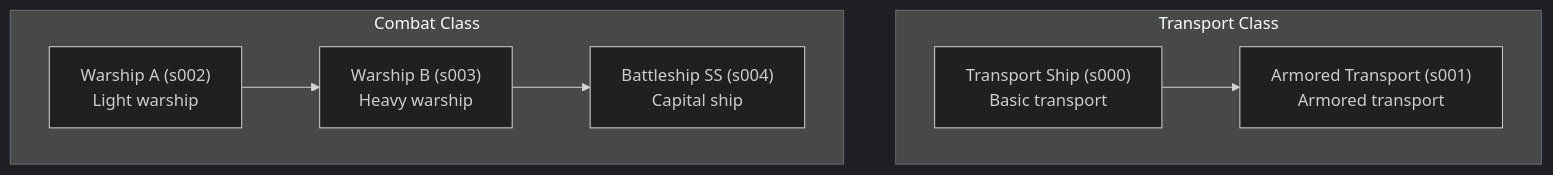
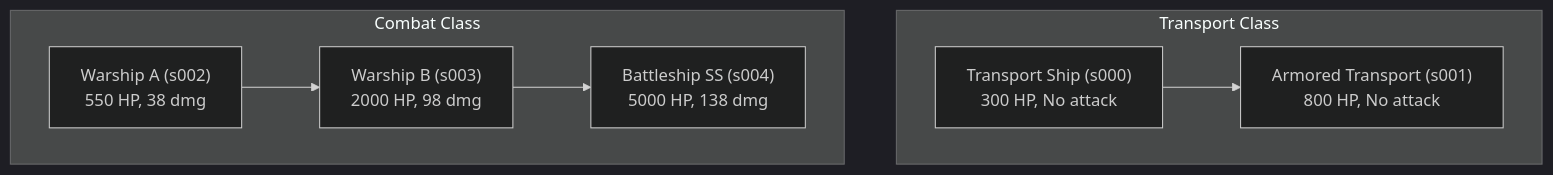
The second of 4 diagrams in docs/gameplay/naval.md (Warcraft-3-Risk/wc3-risk-system), drawn with Mermaid (dark theme) before and after one commit. The commit also changed other lines of this file and 47 other files, not shown here.

````diff
--- a/docs/gameplay/naval.md
+++ b/docs/gameplay/naval.md
@@ -83,16 +99,16 @@
 ```mermaid
 flowchart TD
     subgraph Transport ["Transport Class"]
-        TS["Transport Ship (s000)<br/>Basic transport"]
-        ATS["Armored Transport (s001)<br/>Armored transport"]
+        TS["Transport Ship (s000)<br/>300 HP, No attack"]
+        ATS["Armored Transport (s001)<br/>800 HP, No attack"]
     end
 
     subgraph Combat ["Combat Class"]
-        WA["Warship A (s002)<br/>Light warship"]
-        WB["Warship B (s003)<br/>Heavy warship"]
-        BS["Battleship SS (s004)<br/>Capital ship"]
+        WA["Warship A (s002)<br/>550 HP, 38 dmg"]
+        WB["Warship B (s003)<br/>2000 HP, 98 dmg"]
+        BS["Battleship SS (s004)<br/>5000 HP, 138 dmg"]
     end
 
     TS --> ATS
     WA --> WB --> BS
 ```
````
